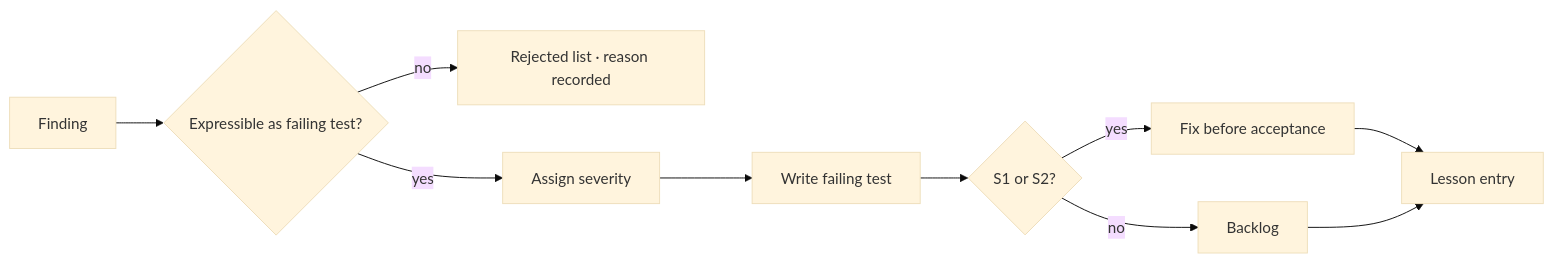
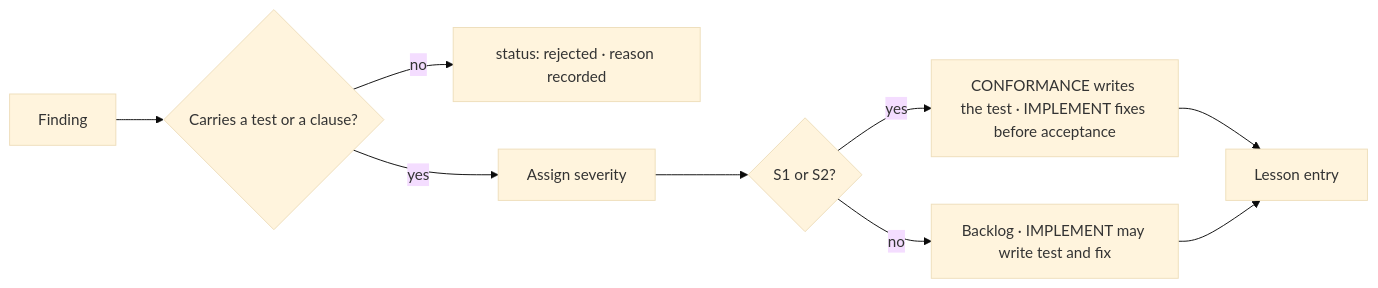
Before and after one commit to jay-pryor/ProjectHyperion: the diagram in core/reviews/review-findings-handling.md, drawn with Mermaid (base theme). The commit also changed other lines of this file and 36 other files, not shown here.

````diff
--- a/core/reviews/review-findings-handling.md
+++ b/core/reviews/review-findings-handling.md
@@ -42,12 +66,11 @@
 ```mermaid
 flowchart LR
-    F[Finding] --> T{Expressible as failing test?}
-    T -- no --> R[Rejected list · reason recorded]
+    F[Finding] --> T{Carries a test or a clause?}
+    T -- no --> R[status: rejected · reason recorded]
     T -- yes --> S[Assign severity]
-    S --> W[Write failing test]
-    W --> X{S1 or S2?}
-    X -- yes --> Y[Fix before acceptance]
-    X -- no --> Z[Backlog]
-    Y --> L[Lesson entry]
+    S --> X{S1 or S2?}
+    X -- yes --> W[CONFORMANCE writes the test · IMPLEMENT fixes before acceptance]
+    X -- no --> Z[Backlog · IMPLEMENT may write test and fix]
+    W --> L[Lesson entry]
     Z --> L
 ```
````
